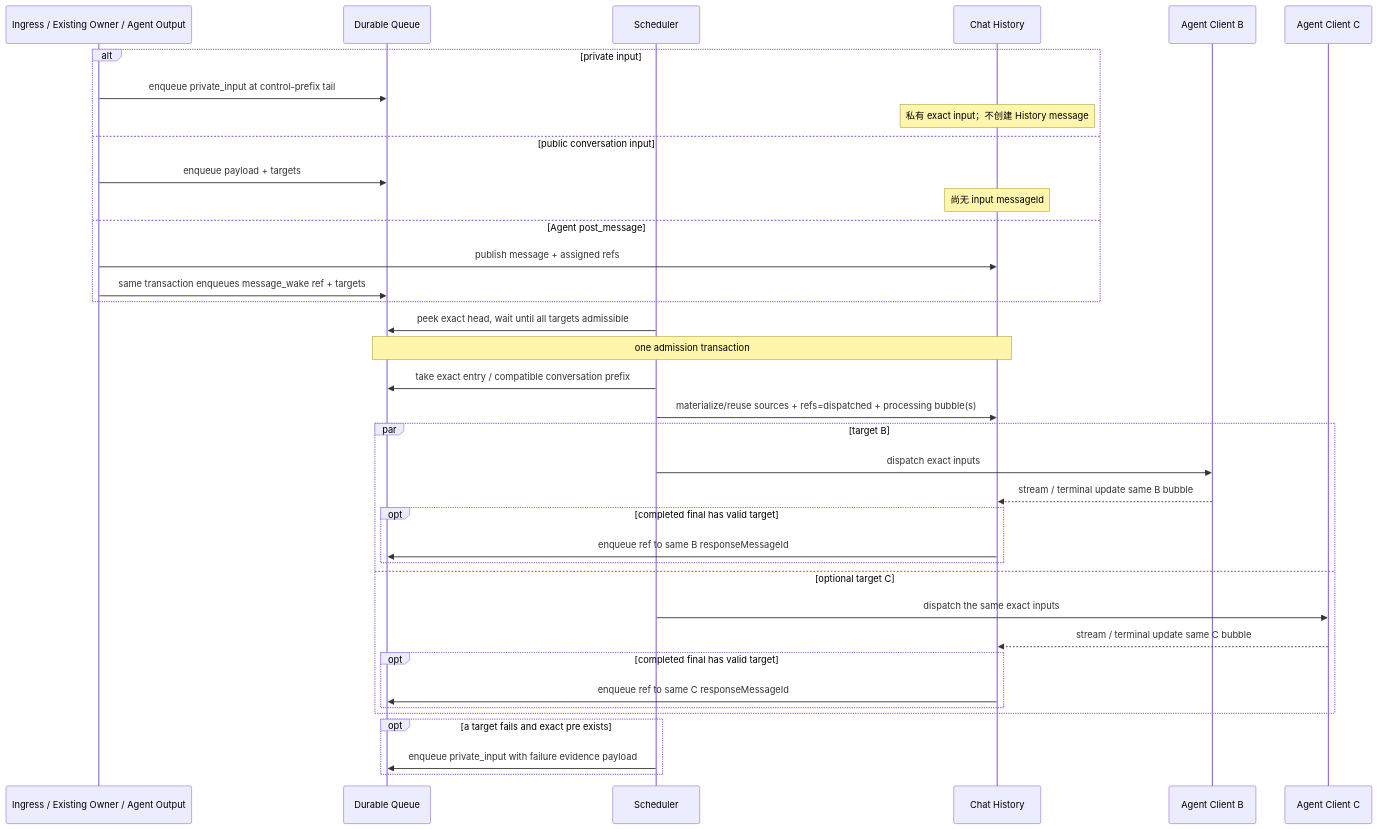
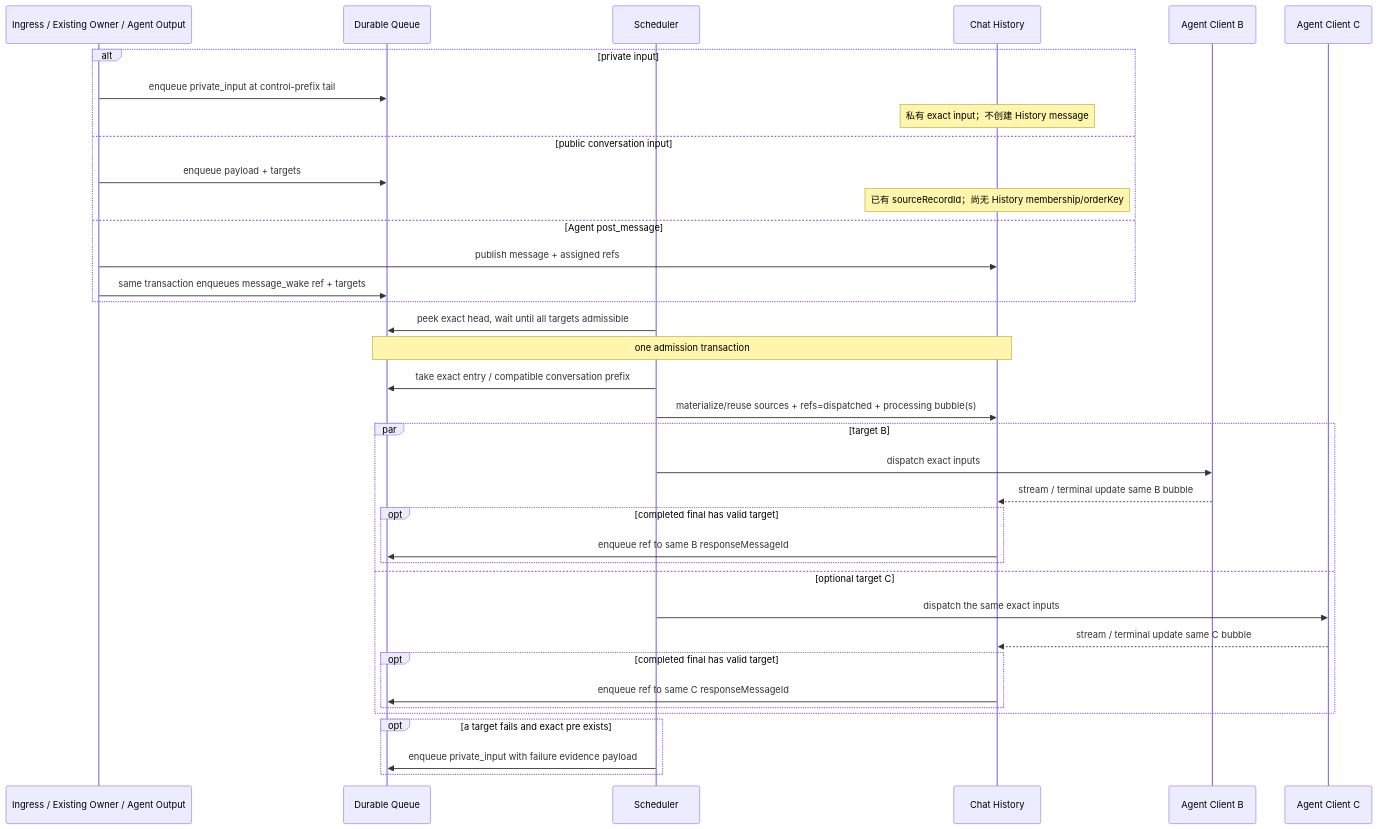
Before and after one commit to zts212653/clowder-ai: the eighth of 8 diagrams in docs/architecture/message-delivery-handling-handoff-audit.md, drawn with Mermaid. The commit also changed other lines of this file, not shown here.

````diff
--- a/docs/architecture/message-delivery-handling-handoff-audit.md
+++ b/docs/architecture/message-delivery-handling-handoff-audit.md
@@ -641,40 +677,40 @@
 ```mermaid
 sequenceDiagram
     participant I as Ingress / Existing Owner / Agent Output
     participant Q as Durable Queue
     participant S as Scheduler
     participant H as Chat History
     participant B as Agent Client B
     participant C as Agent Client C
 
     alt private input
         I->>Q: enqueue private_input at control-prefix tail
         Note over H: 私有 exact input；不创建 History message
     else public conversation input
         I->>Q: enqueue payload + targets
-        Note over H: 尚无 input messageId
+        Note over H: 已有 sourceRecordId；尚无 History membership/orderKey
     else Agent post_message
         I->>H: publish message + assigned refs
         I->>Q: same transaction enqueues message_wake ref + targets
     end
     S->>Q: peek exact head, wait until all targets admissible
     Note over Q,H: one admission transaction
     S->>Q: take exact entry / compatible conversation prefix
     S->>H: materialize/reuse sources + refs=dispatched + processing bubble(s)
     par target B
         S->>B: dispatch exact inputs
         B-->>H: stream / terminal update same B bubble
         opt completed final has valid target
             H->>Q: enqueue ref to same B responseMessageId
         end
     and optional target C
         S->>C: dispatch the same exact inputs
         C-->>H: stream / terminal update same C bubble
         opt completed final has valid target
             H->>Q: enqueue ref to same C responseMessageId
         end
     end
     opt a target fails and exact pre exists
         S->>Q: enqueue private_input with failure evidence payload
     end
 ```
````
